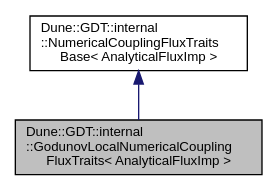
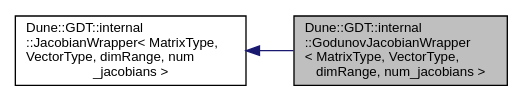
The diagram in docs/dune-gdt/master/a01208.dot (dune-community/dune-community.github.io), drawn with Graphviz before and after one commit. The commit also changed 2446 other files, not shown here.

Commit message:
Updated documentation for dune-gdt master

```diff
--- a/docs/dune-gdt/master/a01208.dot
+++ b/docs/dune-gdt/master/a01208.dot
@@ -1,8 +1,9 @@
-digraph "Dune::GDT::internal::GodunovLocalNumericalCouplingFluxTraits&lt; AnalyticalFluxImp &gt;"
+digraph "Dune::GDT::internal::GodunovJacobianWrapper&lt; MatrixType, VectorType, dimRange, num_jacobians &gt;"
 {
   edge [fontname="Helvetica",fontsize="10",labelfontname="Helvetica",labelfontsize="10"];
   node [fontname="Helvetica",fontsize="10",shape=record];
-  Node0 [label="Dune::GDT::internal\l::GodunovLocalNumericalCoupling\lFluxTraits\< AnalyticalFluxImp \>",height=0.2,width=0.4,color="black", fillcolor="grey75", style="filled", fontcolor="black"];
+  rankdir="LR";
+  Node0 [label="Dune::GDT::internal\l::GodunovJacobianWrapper\l\< MatrixType, VectorType,\l dimRange, num_jacobians \>",height=0.2,width=0.4,color="black", fillcolor="grey75", style="filled", fontcolor="black"];
   Node1 -> Node0 [dir="back",color="midnightblue",fontsize="10",style="solid",fontname="Helvetica"];
-  Node1 [label="Dune::GDT::internal\l::NumericalCouplingFluxTraits\lBase\< AnalyticalFluxImp \>",height=0.2,width=0.4,color="black", fillcolor="white", style="filled",URL="$a01113.html"];
+  Node1 [label="Dune::GDT::internal\l::JacobianWrapper\< MatrixType,\l VectorType, dimRange, num\l_jacobians \>",height=0.2,width=0.4,color="black", fillcolor="white", style="filled",URL="$a02005.html"];
 }
```
